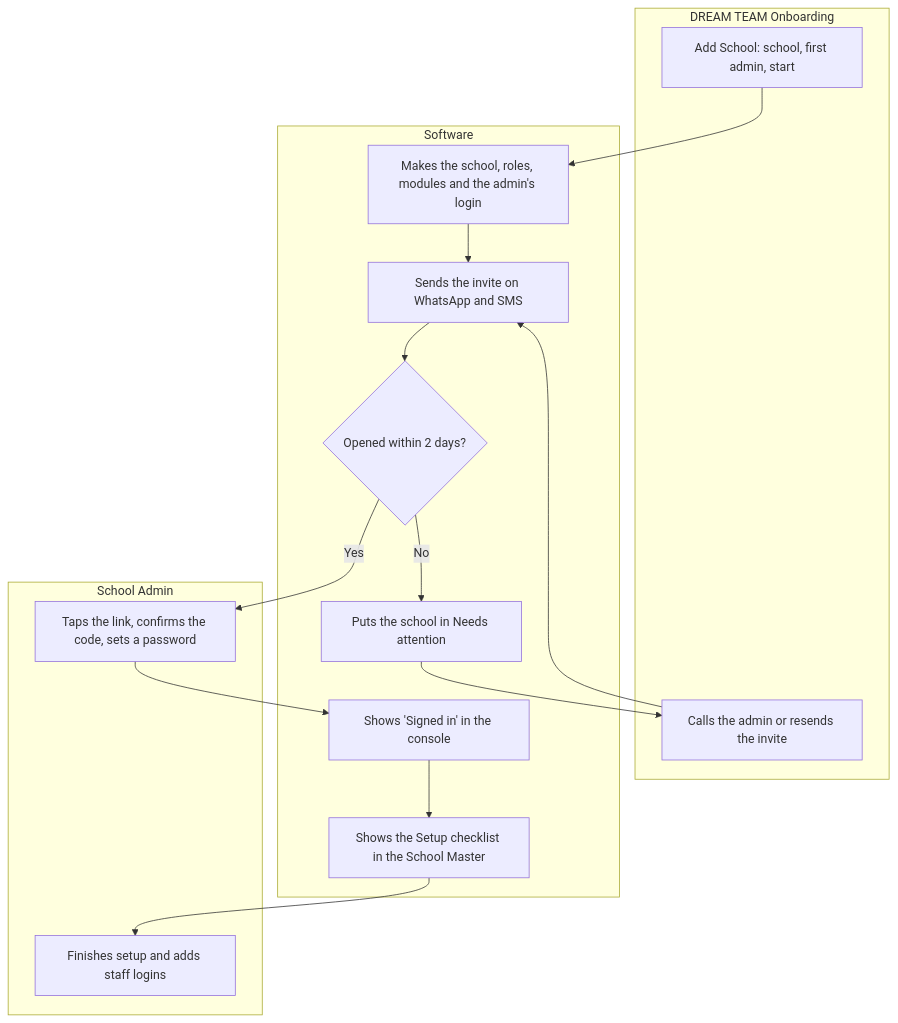
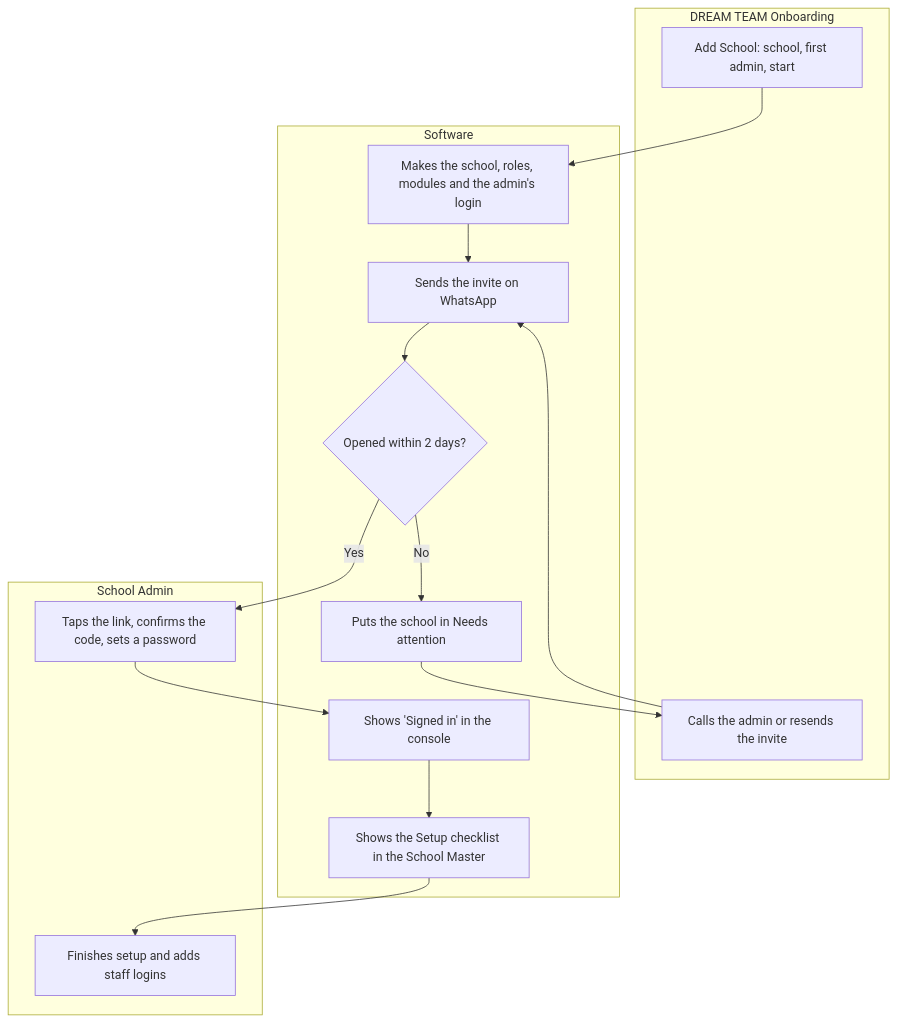
The second of 3 diagrams in docs/blueprint/07-super-admin.md (dreamteamservicespvt/School-OS), drawn with Mermaid before and after one commit. The commit also changed other lines of this file and 33 other files, not shown here.

First line of the commit message:
Console sends on WhatsApp only, with a WhatsApp settings page for the Owner

````diff
--- a/docs/blueprint/07-super-admin.md
+++ b/docs/blueprint/07-super-admin.md
@@ -268,22 +268,22 @@
 ```mermaid
 flowchart TB
   subgraph DT ["DREAM TEAM Onboarding"]
     D1["Add School: school, first admin, start"]
     D2["Calls the admin or resends the invite"]
   end
   subgraph SW ["Software"]
     W1["Makes the school, roles, modules and the admin's login"]
-    W2["Sends the invite on WhatsApp and SMS"]
+    W2["Sends the invite on WhatsApp"]
     W3{"Opened within 2 days?"}
     W4["Shows 'Signed in' in the console"]
     W5["Shows the Setup checklist in the School Master"]
     W6["Puts the school in Needs attention"]
   end
   subgraph SA ["School Admin"]
     A1["Taps the link, confirms the code, sets a password"]
     A2["Finishes setup and adds staff logins"]
   end
   D1 --> W1 --> W2 --> W3
   W3 -->|"Yes"| A1 --> W4 --> W5 --> A2
   W3 -->|"No"| W6 --> D2 --> W2
 ```
````
